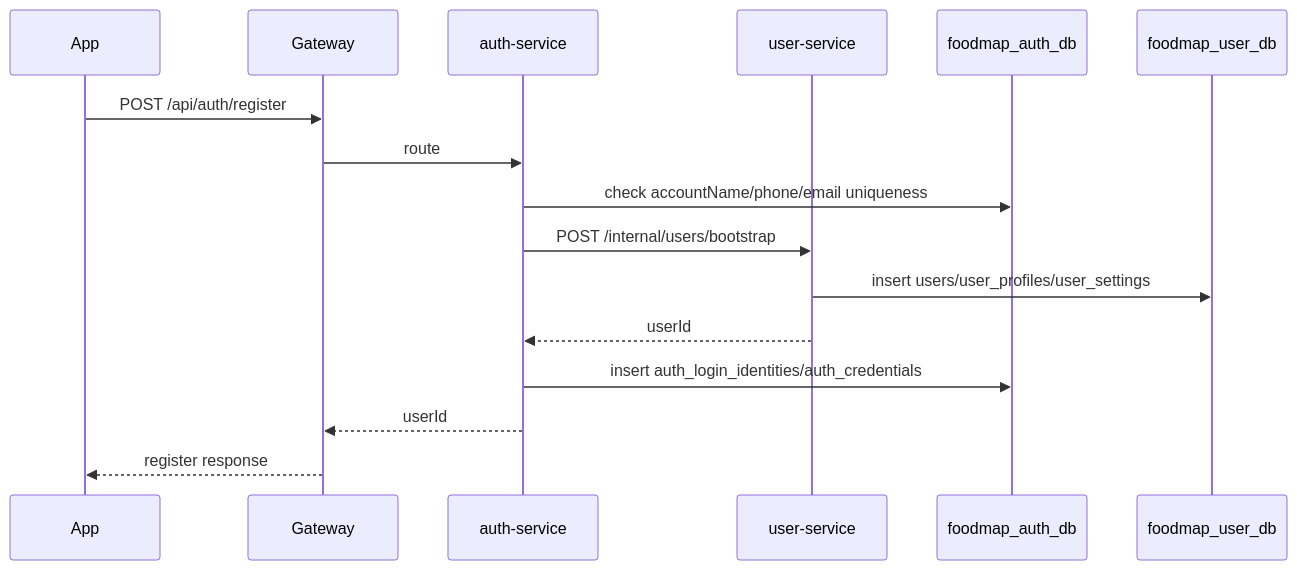
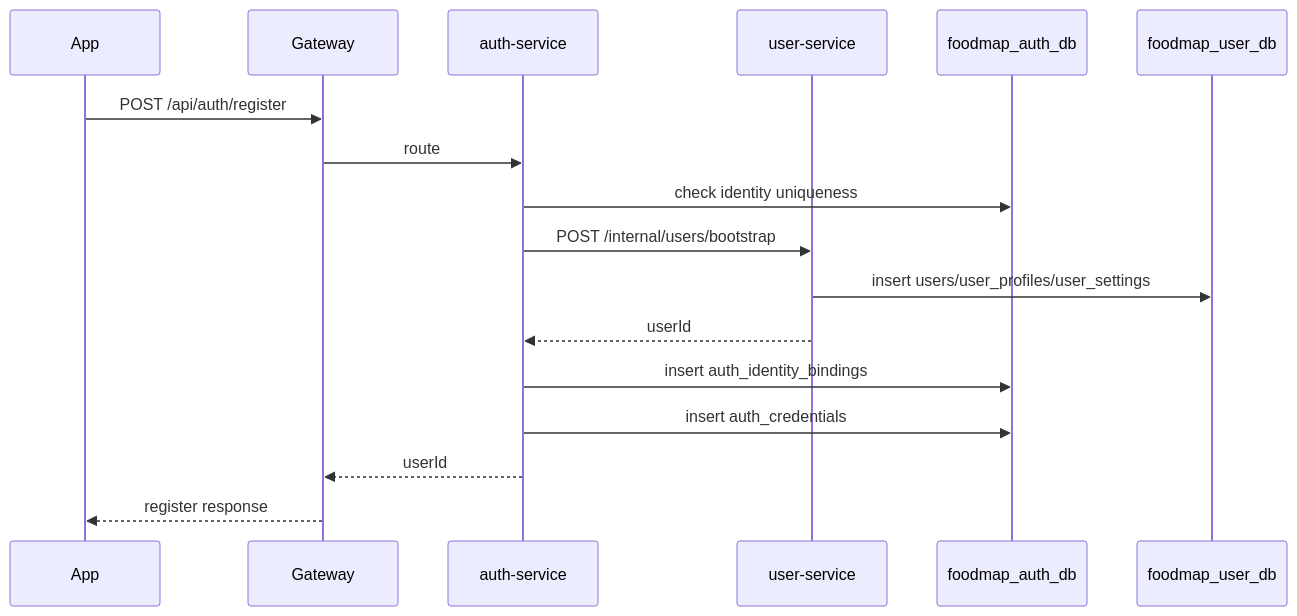
The first of 4 diagrams in docs/architecture/2026-06-26-identity-auth-refactor.md (xuqian-z97/food-map), drawn with Mermaid before and after one commit. The commit also changed other lines of this file, not shown here.

Commit message:
docs: refine identity auth refactor plan

````diff
--- a/docs/architecture/2026-06-26-identity-auth-refactor.md
+++ b/docs/architecture/2026-06-26-identity-auth-refactor.md
@@ -478,19 +585,20 @@
 ```mermaid
 sequenceDiagram
     participant App
     participant Gateway
     participant Auth as auth-service
     participant User as user-service
     participant AuthDb as foodmap_auth_db
     participant UserDb as foodmap_user_db
 
     App->>Gateway: POST /api/auth/register
     Gateway->>Auth: route
-    Auth->>AuthDb: check accountName/phone/email uniqueness
+    Auth->>AuthDb: check identity uniqueness
     Auth->>User: POST /internal/users/bootstrap
     User->>UserDb: insert users/user_profiles/user_settings
     User-->>Auth: userId
-    Auth->>AuthDb: insert auth_login_identities/auth_credentials
+    Auth->>AuthDb: insert auth_identity_bindings
+    Auth->>AuthDb: insert auth_credentials
     Auth-->>Gateway: userId
     Gateway-->>App: register response
 ```
````
